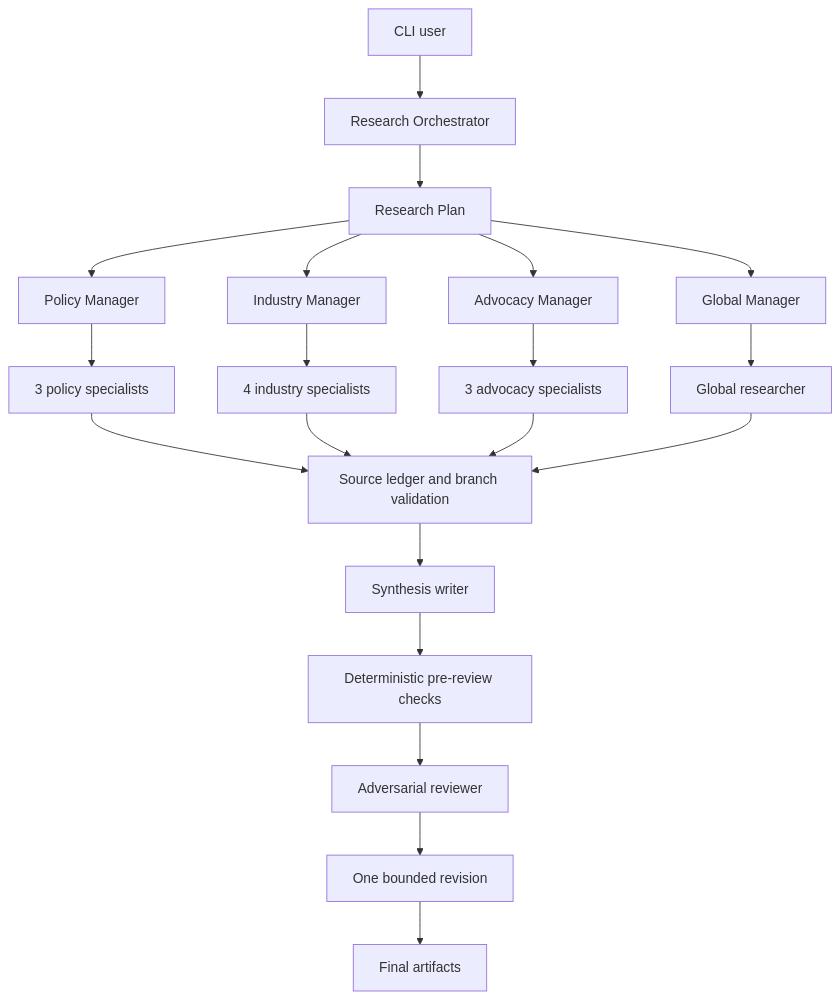
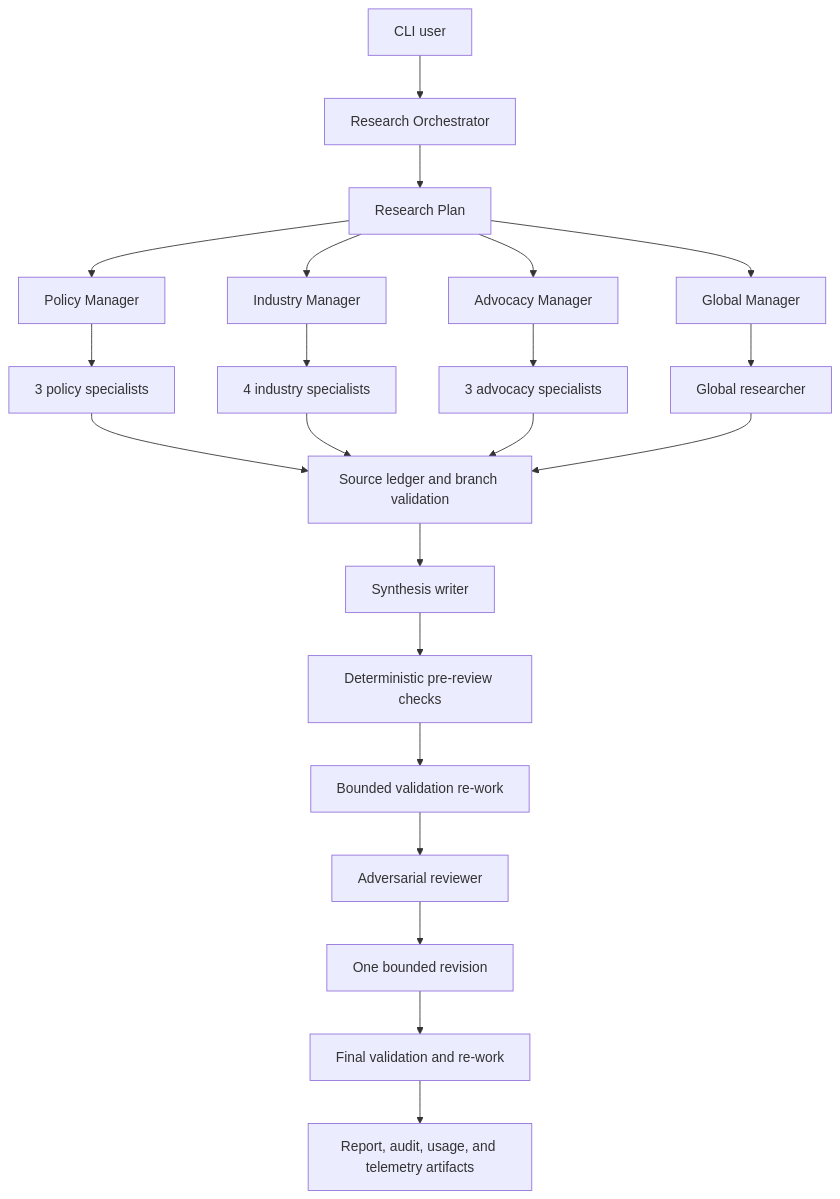
The diagram in README.md (scschwa/housing-policy-research-app), drawn with Mermaid before and after one commit. The commit also changed other lines of this file and 28 other files, not shown here.

Commit message:
feat: add validation rework audit and usage telemetry

````diff
--- a/README.md
+++ b/README.md
@@ -76,22 +80,24 @@
 ```mermaid
 flowchart TD
     U[CLI user] --> O[Research Orchestrator]
     O --> P[Research Plan]
     P --> PM[Policy Manager]
     P --> IM[Industry Manager]
     P --> AM[Advocacy Manager]
     P --> GM[Global Manager]
     PM --> PS[3 policy specialists]
     IM --> IS[4 industry specialists]
     AM --> AS[3 advocacy specialists]
     GM --> GS[Global researcher]
     PS --> L[Source ledger and branch validation]
     IS --> L
     AS --> L
     GS --> L
     L --> W[Synthesis writer]
     W --> V[Deterministic pre-review checks]
-    V --> R[Adversarial reviewer]
+    V --> RW[Bounded validation re-work]
+    RW --> R[Adversarial reviewer]
     R --> W2[One bounded revision]
-    W2 --> A[Final artifacts]
+    W2 --> FV[Final validation and re-work]
+    FV --> A[Report, audit, usage, and telemetry artifacts]
 ```
````
